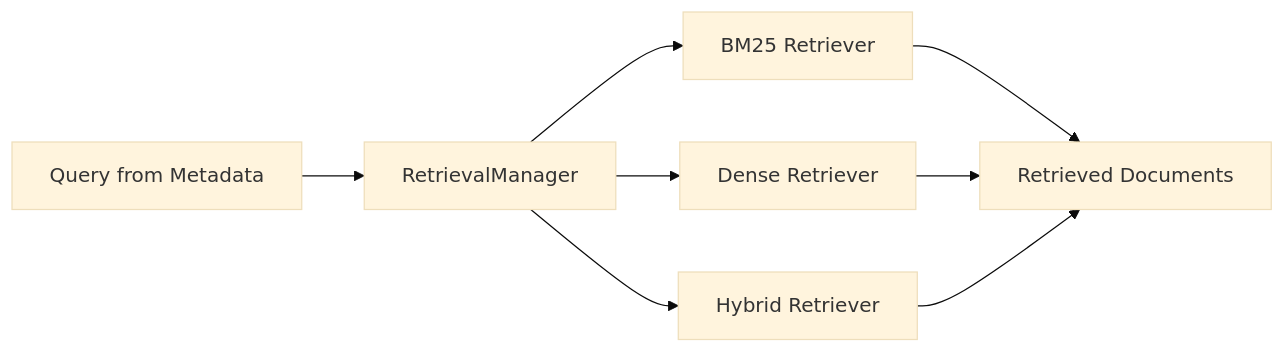
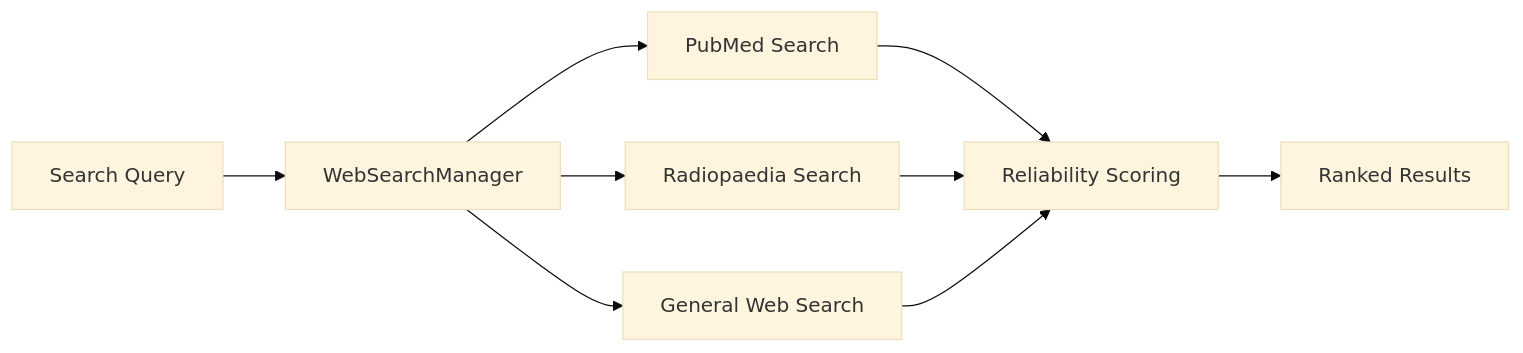
One commit to liamchalcroft/gaze changed the second of 3 diagrams in docs/agentic_workflow.md. Above: the diagram before and after it, drawn with Mermaid (base theme). The commit also changed other lines of this file and 103 other files, not shown here.

````diff
--- a/docs/agentic_workflow.md
+++ b/docs/agentic_workflow.md
@@ -145,10 +129,11 @@
 ```mermaid
 flowchart LR
-    QUERY[Query from Metadata] --> RM[RetrievalManager]
-    RM --> BM25[BM25 Retriever]
-    RM --> DENSE[Dense Retriever]
-    RM --> HYBRID[Hybrid Retriever]
-    BM25 --> DOCS[Retrieved Documents]
-    DENSE --> DOCS
-    HYBRID --> DOCS
+    QUERY[Search Query] --> WSM[WebSearchManager]
+    WSM --> PUBMED[PubMed Search]
+    WSM --> RADIOPAEDIA[Radiopaedia Search]
+    WSM --> GENERAL[General Web Search]
+    PUBMED --> SCORE[Reliability Scoring]
+    RADIOPAEDIA --> SCORE
+    GENERAL --> SCORE
+    SCORE --> RESULTS[Ranked Results]
 ```
````
